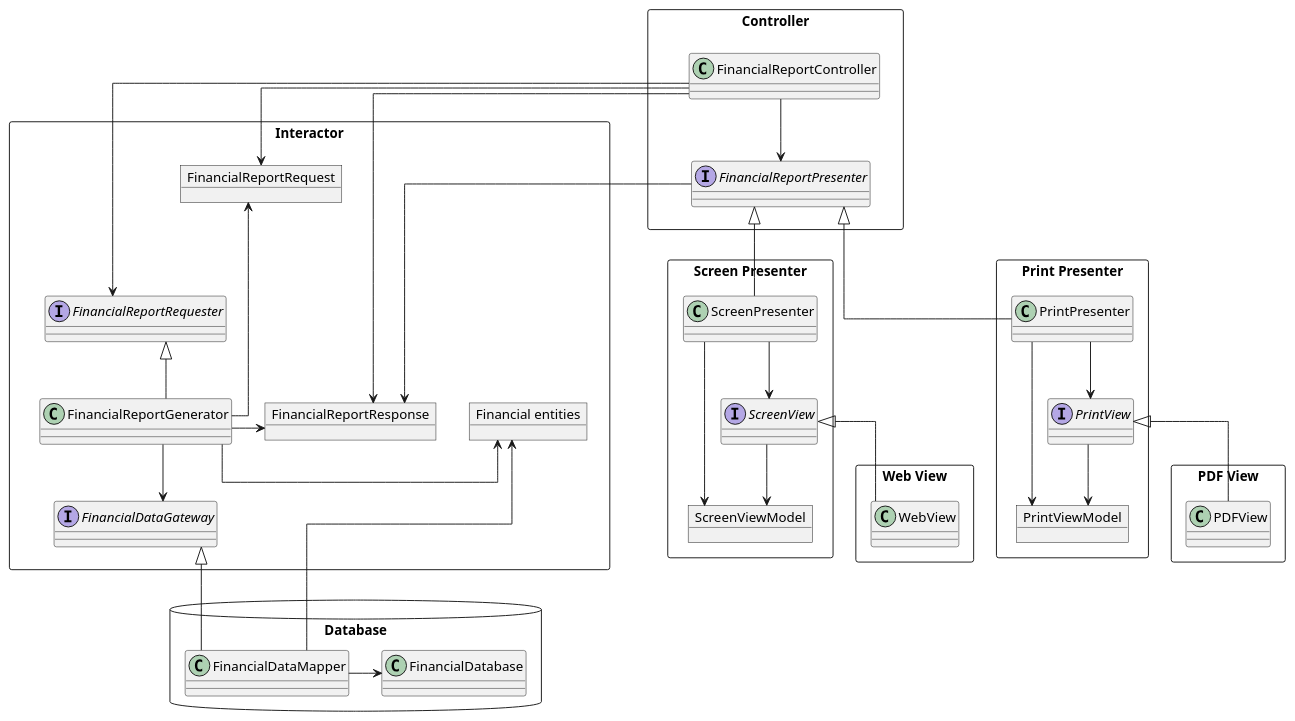
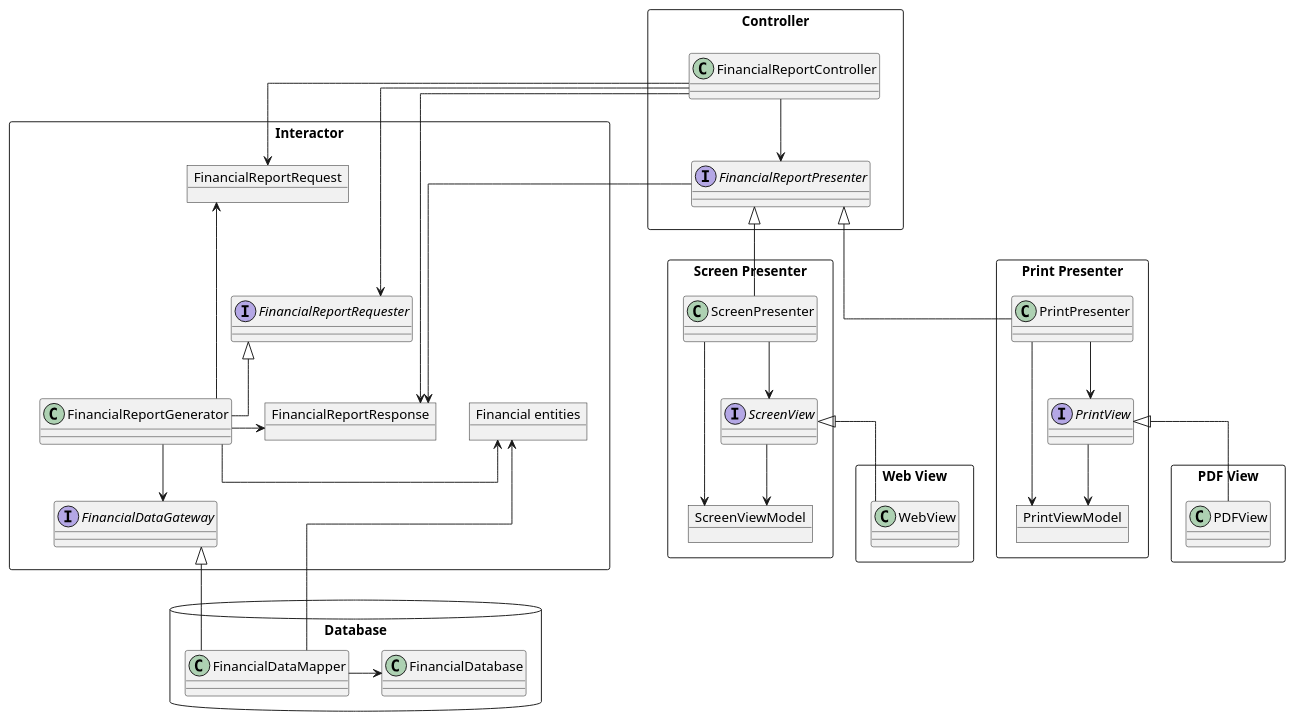
One commit to huland/logseq-notes changed the third of 3 diagrams in pages/Robert C. Martin - Clean Architecture A Craftsman's Guide to Software Structure and Design.md. Above: the diagram before and after it, drawn with PlantUML.

Commit message:
Auto saved by Logseq

```diff
--- a/pages/Robert C. Martin - Clean Architecture A Craftsman's Guide to Software Structure and Design.md
+++ b/pages/Robert C. Martin - Clean Architecture A Craftsman's Guide to Software Structure and Design.md
@@ -203,68 +203,68 @@
 				  @startuml
 				  skinparam linetype ortho
 				  package Interactor <<Rectangle>> {
 				    object FinancialReportRequest
 				    interface FinancialReportRequester
 				    object FinancialReportResponse
 				    class FinancialReportGenerator
 				    interface FinancialDataGateway
 				    object "Financial entities" as FinancialEntities
 				  }
 				  
 				  FinancialReportRequest -[hidden]d-> FinancialReportRequester
 				  FinancialReportRequester -[hidden]d-> FinancialReportResponse
-				  FinancialReportGenerator -[hidden]l-> FinancialReportRequester
+				  FinancialReportGenerator -[hidden]l-> FinancialReportRequest
 				  FinancialReportGenerator -[hidden]d-> FinancialDataGateway
 				  FinancialReportGenerator -[hidden]r-> FinancialEntities
 				  
 				  package Controller <<Rectangle>> {
 				    class FinancialReportController 
 				    interface FinancialReportPresenter
 				  }
 				  package Database <<Database>> {
 				    class FinancialDataMapper 
 				    class FinancialDatabase
 				  }
 				  package "Screen Presenter" as ScreenPres <<Rectangle>> {
 				    class ScreenPresenter
 				    object ScreenViewModel
 				    interface ScreenView
 				  }
 				  package "Print Presenter" as PrintPres <<Rectangle>> {
 				    class PrintPresenter
 				    object PrintViewModel
 				    interface PrintView
 				  } 
 				  package "PDF View" as PDFV <<Rectangle>> {
 				    class PDFView
 				  } 
 				  package "Web View" as WebV <<Rectangle>> {
 				    class WebView
 				  } 
 				  
 				  FinancialReportGenerator -l-> FinancialReportRequest
 				  FinancialReportGenerator -r-> FinancialEntities
 				  FinancialReportGenerator -l-> FinancialReportResponse
 				  FinancialReportGenerator -d-> FinancialDataGateway
 				  FinancialReportGenerator -l-|> FinancialReportRequester
 				  FinancialDataMapper -r-> FinancialDatabase
 				  FinancialDataMapper -u-> FinancialEntities
 				  FinancialDataMapper -u-|> FinancialDataGateway
 				  FinancialReportController -d-> FinancialReportPresenter
 				  FinancialReportPresenter -r-> FinancialReportResponse
 				  FinancialReportController -r-> FinancialReportRequest
 				  FinancialReportController -r-> FinancialReportRequester
 				  FinancialReportController -r-> FinancialReportResponse
 				  ScreenPresenter -d-> ScreenView
 				  ScreenView -d-> ScreenViewModel
 				  ScreenPresenter -d-> ScreenViewModel
 				  ScreenPresenter -u-|> FinancialReportPresenter
 				  PrintPresenter -d-> PrintView
 				  PrintView -d-> PrintViewModel
 				  PrintPresenter -d-> PrintViewModel
 				  PrintPresenter -u-|> FinancialReportPresenter
 				  WebView -u-|> ScreenView
 				  PDFView -u-|> PrintView
 				  
 				  Controller -[hidden]-> Interactor
 				  @enduml
```
